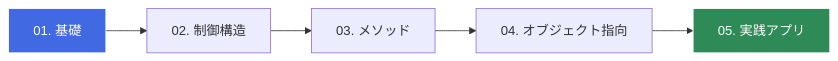
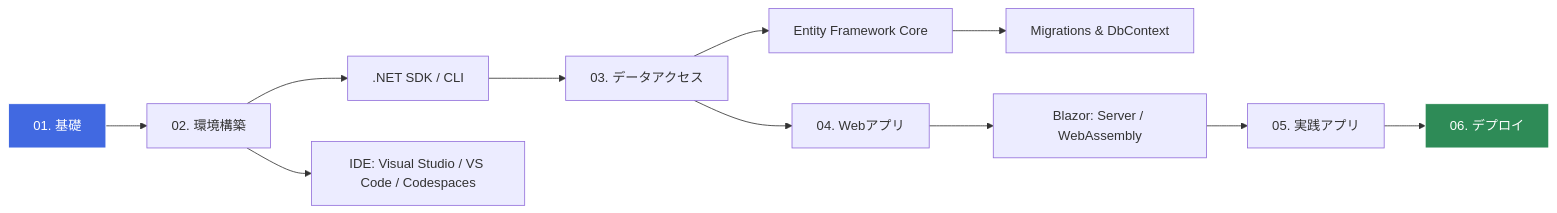
Before and after one commit to nenaaki/csharp_zoro_to_hero: the diagram in README.md, drawn with Mermaid. The commit also changed other lines of this file and 16 other files, not shown here.

````diff
--- a/README.md
+++ b/README.md
@@ -16,9 +16,15 @@
 ```mermaid
-graph LR
-    A[01. 基礎] --> B[02. 制御構造]
-    B --> C[03. メソッド]
-    C --> D[04. オブジェクト指向]
-    D --> E[05. 実践アプリ]
-    style A fill:#4169e1,stroke:#fff,color:#fff
-    style E fill:#2e8b57,stroke:#fff,color:#fff
+flowchart LR
+  A[01. 基礎] --> B[02. 環境構築]
+  B --> B1[.NET SDK / CLI]
+  B --> B2[IDE: Visual Studio / VS Code / Codespaces]
+  B1 --> C[03. データアクセス]
+  C --> C1[Entity Framework Core]
+  C1 --> C2[Migrations & DbContext]
+  C --> D[04. Webアプリ]
+  D --> D1[Blazor: Server / WebAssembly]
+  D1 --> E[05. 実践アプリ]
+  E --> F[06. デプロイ]
+  style A fill:#4169e1,stroke:#fff,color:#fff
+  style F fill:#2e8b57,stroke:#fff,color:#fff
 ```
````
